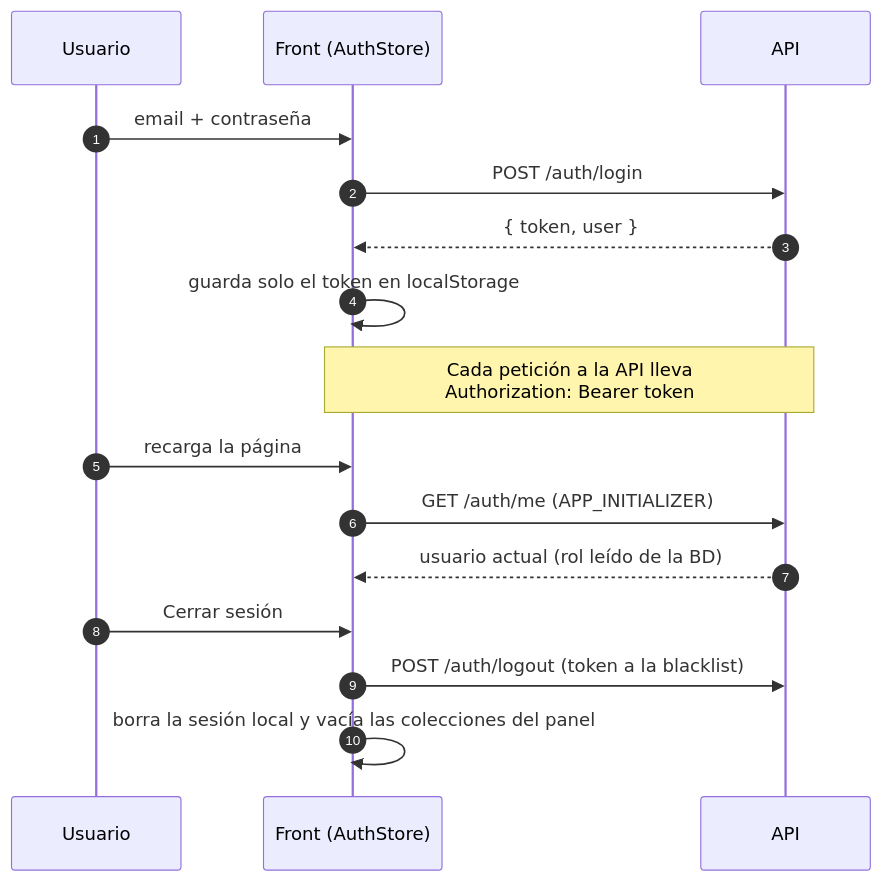
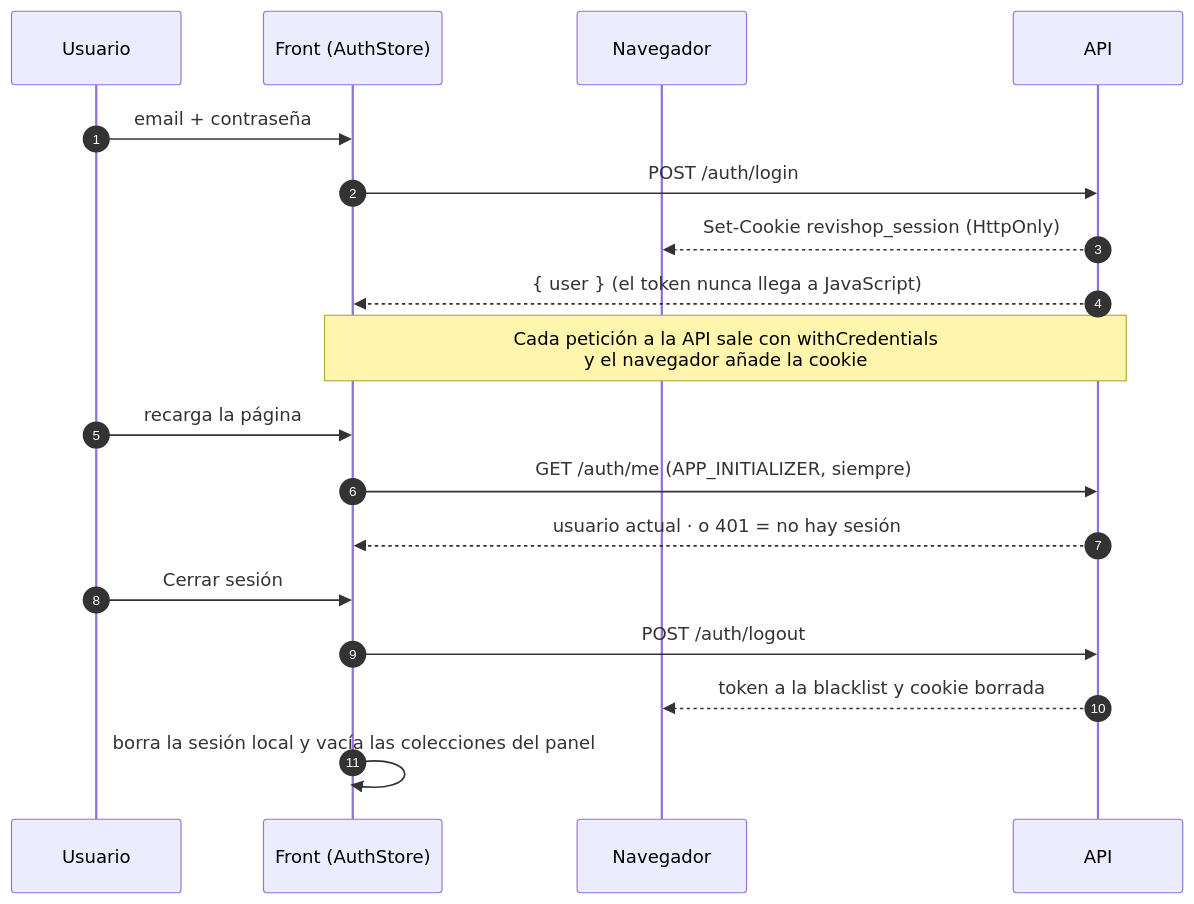
One commit to Yonderus/ReviShop-Tienda-Segunda-Mano changed the diagram in secondhand-front/README.md. Above: the diagram before and after it, drawn with Mermaid. The commit also changed other lines of this file and 2 other files, not shown here.

Commit message:
docs: README, Postman y prompts actualizados a la sesión en cookie httpOnly (C3)

````diff
--- a/secondhand-front/README.md
+++ b/secondhand-front/README.md
@@ -95,18 +95,20 @@
 ```mermaid
 sequenceDiagram
     autonumber
     participant U as Usuario
     participant F as Front (AuthStore)
+    participant B as Navegador
     participant A as API
     U->>F: email + contraseña
     F->>A: POST /auth/login
-    A-->>F: { token, user }
-    F->>F: guarda solo el token en localStorage
-    Note over F,A: Cada petición a la API lleva<br/>Authorization: Bearer token
+    A-->>B: Set-Cookie revishop_session (HttpOnly)
+    A-->>F: { user } (el token nunca llega a JavaScript)
+    Note over F,A: Cada petición a la API sale con withCredentials<br/>y el navegador añade la cookie
     U->>F: recarga la página
-    F->>A: GET /auth/me (APP_INITIALIZER)
-    A-->>F: usuario actual (rol leído de la BD)
+    F->>A: GET /auth/me (APP_INITIALIZER, siempre)
+    A-->>F: usuario actual · o 401 = no hay sesión
     U->>F: Cerrar sesión
-    F->>A: POST /auth/logout (token a la blacklist)
+    F->>A: POST /auth/logout
+    A-->>B: token a la blacklist y cookie borrada
     F->>F: borra la sesión local y vacía las colecciones del panel
 ```
````
